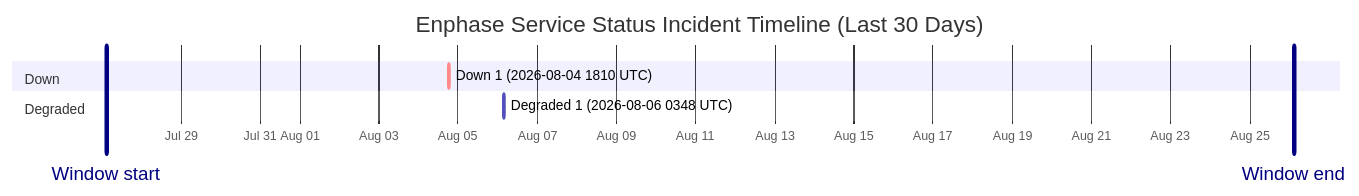
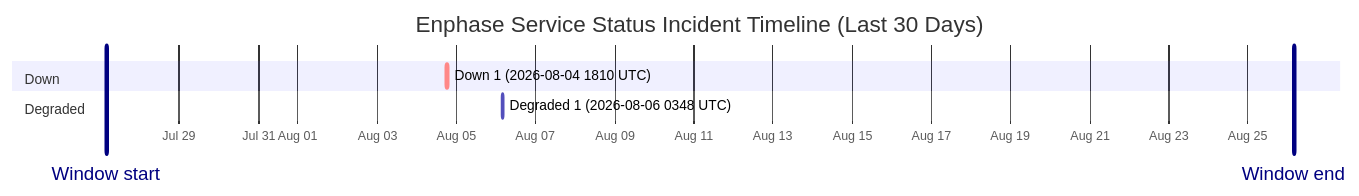
The diagram in wiki/Service-Status-History.md (barneyonline/ha-enphase-energy), drawn with Mermaid before and after one commit. The commit also changed other lines of this file and 3 other files, not shown here.

````diff
--- a/wiki/Service-Status-History.md
+++ b/wiki/Service-Status-History.md
@@ -14,12 +14,12 @@
 ```mermaid
 gantt
     title Enphase Service Status Incident Timeline (Last 30 Days)
     dateFormat  YYYY-MM-DDTHH:mm:ss
     axisFormat  %b %d
-    Window start :vert, window-start, 2026-07-27T02:45:53, 0ms
-    Window end :vert, window-end, 2026-08-26T02:45:53, 0ms
+    Window start :vert, window-start, 2026-07-27T03:52:07, 0ms
+    Window end :vert, window-end, 2026-08-26T03:52:07, 0ms
     section Down
     Down 1 (2026-08-04 1810 UTC) :crit, down-1, 2026-08-04T18:10:46, 60m
     section Degraded
     Degraded 1 (2026-08-06 0348 UTC) :active, degraded-1, 2026-08-06T03:48:14, 60m
 ```
````
